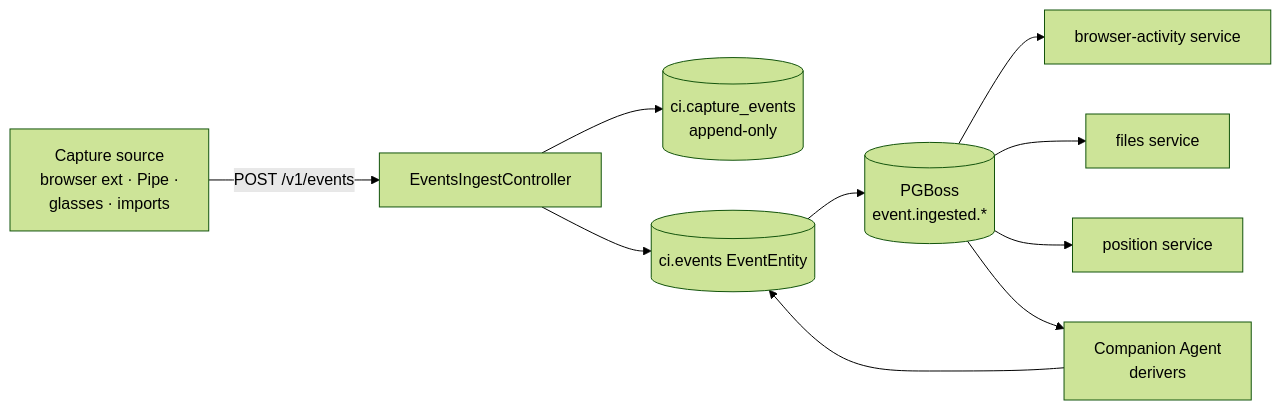
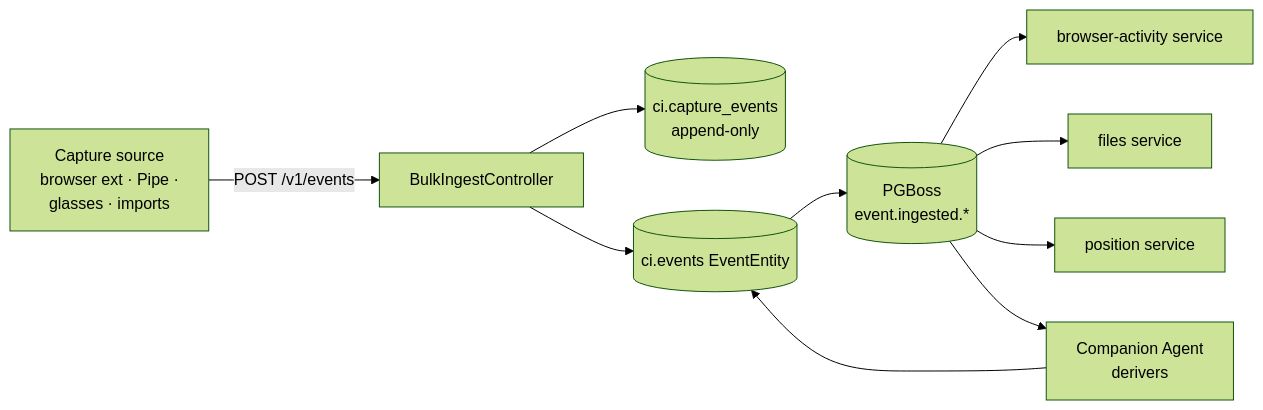
One commit to bennettchamberlain/Requiemv1 changed the diagram in docs/architecture/event-ingest-spec.md. Above: the diagram before and after it, drawn with Mermaid (forest theme). The commit also changed other lines of this file and 81 other files, not shown here.

````diff
--- a/docs/architecture/event-ingest-spec.md
+++ b/docs/architecture/event-ingest-spec.md
@@ -170,12 +184,12 @@
 ```mermaid
 flowchart LR
-    Source[Capture source<br/>browser ext · Pipe ·<br/>glasses · imports] -->|POST /v1/events| Ingest[EventsIngestController]
+    Source[Capture source<br/>browser ext · Pipe ·<br/>glasses · imports] -->|POST /v1/events| Ingest[BulkIngestController]
     Ingest --> RawLog[(ci.capture_events<br/>append-only)]
     Ingest --> Memory[(ci.events EventEntity)]
     Memory --> Bus[(PGBoss<br/>event.ingested.*)]
     Bus --> BA[browser-activity service]
     Bus --> Files[files service]
     Bus --> Pos[position service]
     Bus --> Agent[Companion Agent<br/>derivers]
     Agent --> Memory
 ```
````
